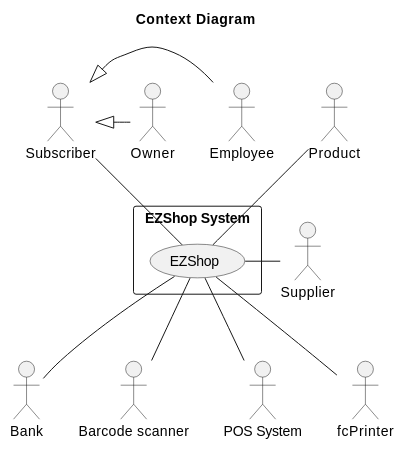
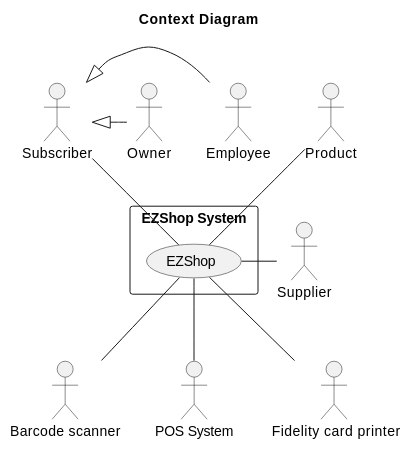
One commit to nicolabattaglino/ezshop changed the first of 6 diagrams in Deliverables/RequirementsDocument.md. Above: the diagram before and after it, drawn with PlantUML. The commit also changed other lines of this file, not shown here.

````diff
--- a/Deliverables/RequirementsDocument.md
+++ b/Deliverables/RequirementsDocument.md
@@ -59,31 +59,31 @@
 ```plantuml
 @startuml
 
 
 title Context Diagram
 
-actor Bank
+
 actor Owner
 actor :Barcode scanner: as bcScanner
 actor Product
 actor Subscriber
 actor Employee
 actor :POS System: as POSSystem
 actor :Supplier: as supplier
+actor : Fidelity card printer: as fcPrinter
 rectangle "EZShop System" as EZShopSystem{
 (EZShop)
 }
-EZShop -- Bank
 Subscriber <|- Employee
 Subscriber <|- Owner
 Product -- EZShop
 EZShop -- POSSystem
 EZShop - supplier
 EZShop-- fcPrinter
 Subscriber -- EZShop
 EZShop -- bcScanner
 
 
 
 @enduml
 ```
````
